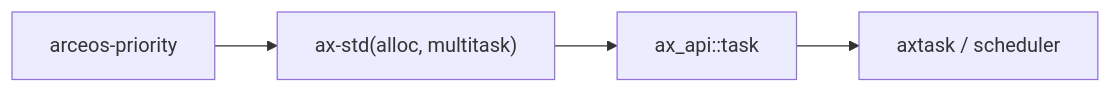
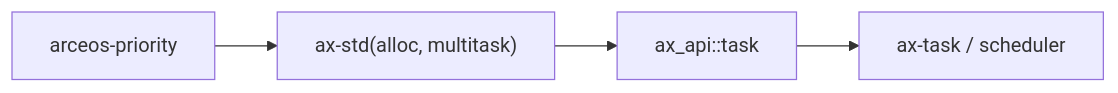
Before and after one commit to zKurisu/tgoskits: the second of 2 diagrams in docs/crates/arceos-priority.md, drawn with Mermaid. The commit also changed other lines of this file and 133 other files, not shown here.

Commit message:
rename axtask to ax-task

````diff
--- a/docs/crates/arceos-priority.md
+++ b/docs/crates/arceos-priority.md
@@ -79,6 +79,6 @@
 ```mermaid
 graph LR
     test["arceos-priority"] --> ax-std["ax-std(alloc, multitask)"]
     ax-std --> ax-api["ax_api::task"]
-    ax-api --> axtask["axtask / scheduler"]
+    ax-api --> ax-task["ax-task / scheduler"]
 ```
````
